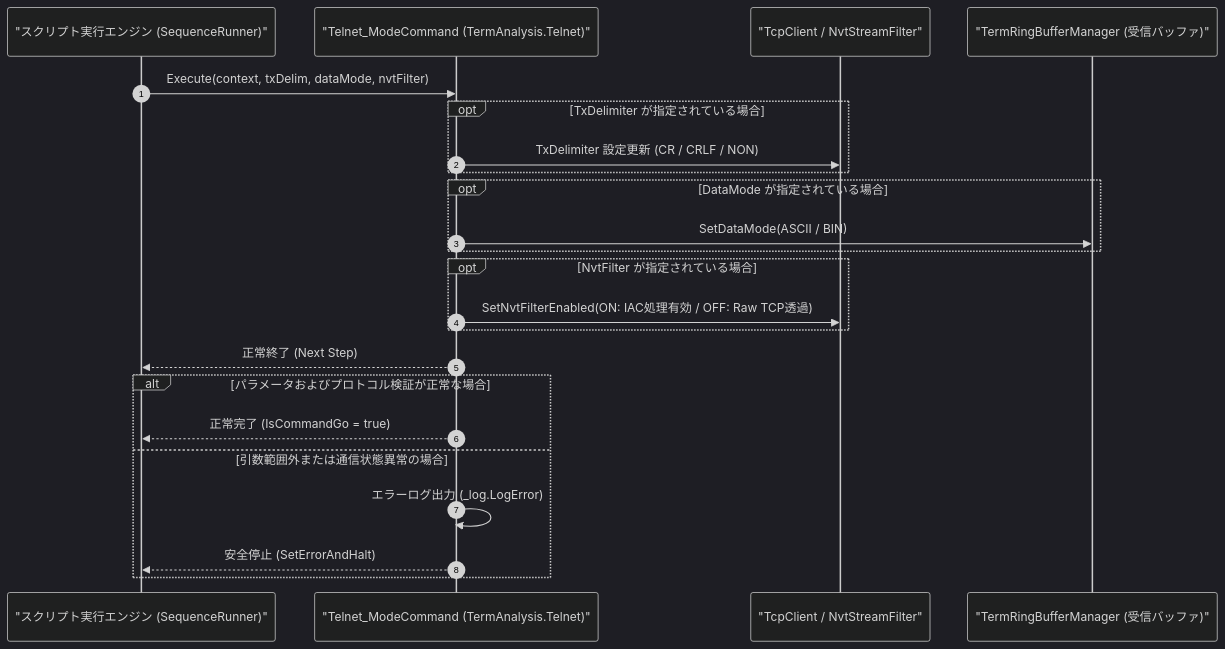
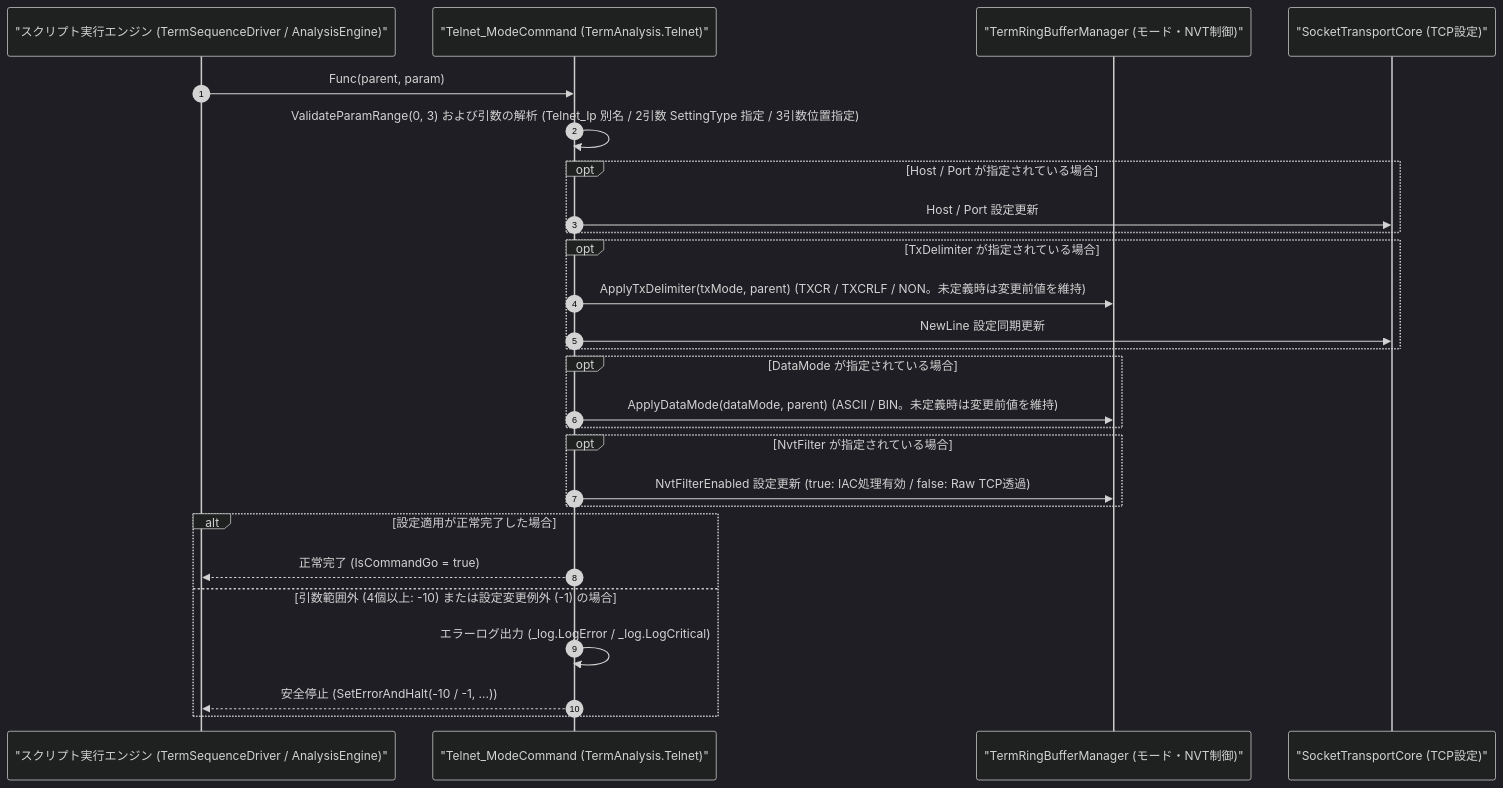
The diagram in Manual/Telnet/Telnet_Mode.Md (Monaca-App/TermAddIn), drawn with Mermaid (dark theme) before and after one commit. The commit also changed other lines of this file and 157 other files, not shown here.

````diff
--- a/Manual/Telnet/Telnet_Mode.Md
+++ b/Manual/Telnet/Telnet_Mode.Md
@@ -69,26 +71,30 @@
 ```mermaid
 sequenceDiagram
     autonumber
-    participant Script as "スクリプト実行エンジン (SequenceRunner)"
+    participant Script as "スクリプト実行エンジン (TermSequenceDriver / AnalysisEngine)"
     participant Cmd as "Telnet_ModeCommand (TermAnalysis.Telnet)"
-    participant Sock as "TcpClient / NvtStreamFilter"
-    participant Buf as "TermRingBufferManager (受信バッファ)"
+    participant Buf as "TermRingBufferManager (モード・NVT制御)"
+    participant Sock as "SocketTransportCore (TCP設定)"
 
-    Script->>Cmd: Execute(context, txDelim, dataMode, nvtFilter)
+    Script->>Cmd: Func(parent, param)
+    Cmd->>Cmd: ValidateParamRange(0, 3) および引数の解析 (Telnet_Ip 別名 / 2引数 SettingType 指定 / 3引数位置指定)
+    opt Host / Port が指定されている場合
+        Cmd->>Sock: Host / Port 設定更新
+    end
     opt TxDelimiter が指定されている場合
-        Cmd->>Sock: TxDelimiter 設定更新 (CR / CRLF / NON)
+        Cmd->>Buf: ApplyTxDelimiter(txMode, parent) (TXCR / TXCRLF / NON。未定義時は変更前値を維持)
+        Cmd->>Sock: NewLine 設定同期更新
     end
     opt DataMode が指定されている場合
-        Cmd->>Buf: SetDataMode(ASCII / BIN)
+        Cmd->>Buf: ApplyDataMode(dataMode, parent) (ASCII / BIN。未定義時は変更前値を維持)
     end
     opt NvtFilter が指定されている場合
-        Cmd->>Sock: SetNvtFilterEnabled(ON: IAC処理有効 / OFF: Raw TCP透過)
+        Cmd->>Buf: NvtFilterEnabled 設定更新 (true: IAC処理有効 / false: Raw TCP透過)
     end
-    Cmd-->>Script: 正常終了 (Next Step)
-    alt パラメータおよびプロトコル検証が正常な場合
+    alt 設定適用が正常完了した場合
         Cmd-->>Script: 正常完了 (IsCommandGo = true)
-    else 引数範囲外または通信状態異常の場合
-        Cmd->>Cmd: エラーログ出力 (_log.LogError)
-        Cmd-->>Script: 安全停止 (SetErrorAndHalt)
+    else 引数範囲外 (4個以上: -10) または設定変更例外 (-1) の場合
+        Cmd->>Cmd: エラーログ出力 (_log.LogError / _log.LogCritical)
+        Cmd-->>Script: 安全停止 (SetErrorAndHalt(-10 / -1, ...))
     end
 ```
````
